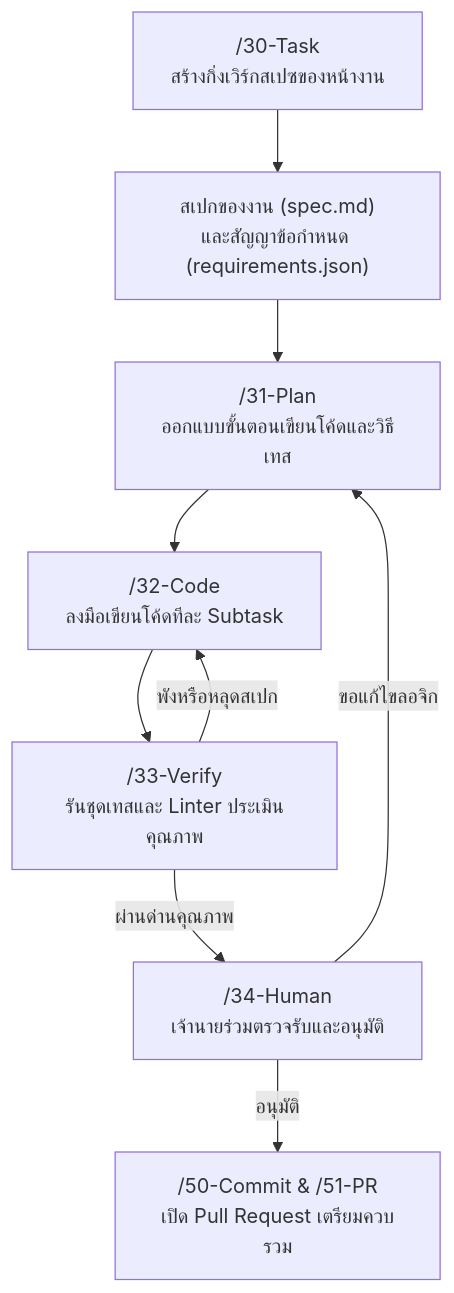
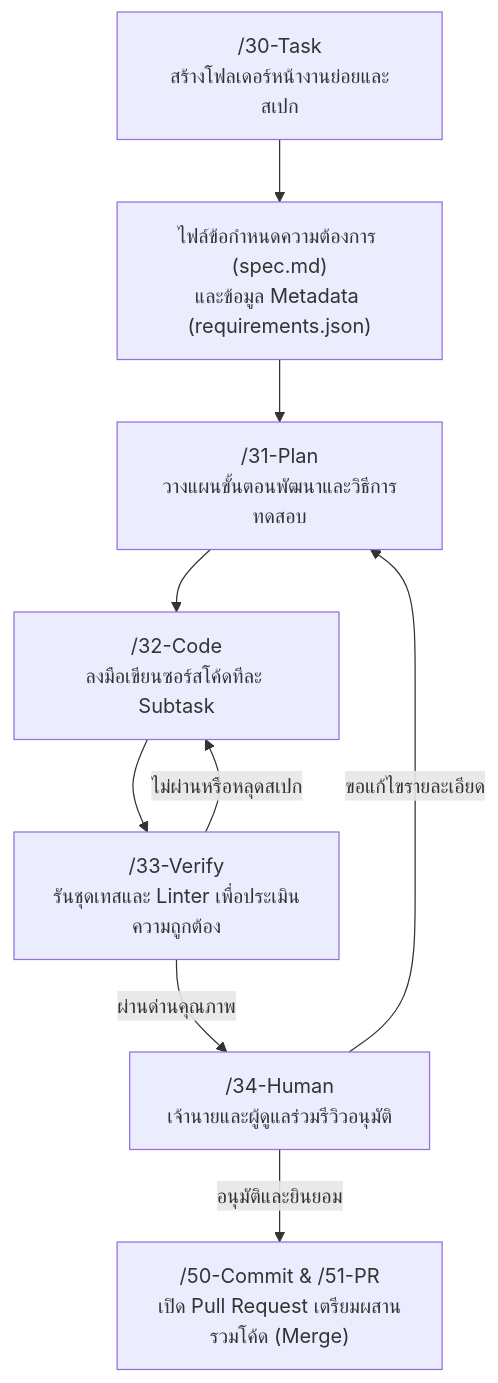
The third of 6 diagrams in README.md (Jakkrich/nexus-devflow), drawn with Mermaid before and after one commit. The commit also changed other lines of this file, not shown here.

````diff
--- a/README.md
+++ b/README.md
@@ -230,19 +230,19 @@
 ```mermaid
 flowchart TD
-    Task["/30-Task<br/>สร้างกิ่งเวิร์กสเปซของหน้างาน"]
-    Spec["สเปกของงาน (spec.md)<br/>และสัญญาข้อกำหนด (requirements.json)"]
-    Plan["/31-Plan<br/>ออกแบบขั้นตอนเขียนโค้ดและวิธีเทส"]
-    Code["/32-Code<br/>ลงมือเขียนโค้ดทีละ Subtask"]
-    Verify["/33-Verify<br/>รันชุดเทสและ Linter ประเมินคุณภาพ"]
-    Human["/34-Human<br/>เจ้านายร่วมตรวจรับและอนุมัติ"]
-    Ship["/50-Commit & /51-PR<br/>เปิด Pull Request เตรียมควบรวม"]
+    Task["/30-Task<br/>สร้างโฟลเดอร์หน้างานย่อยและสเปก"]
+    Spec["ไฟล์ข้อกำหนดความต้องการ (spec.md)<br/>และข้อมูล Metadata (requirements.json)"]
+    Plan["/31-Plan<br/>วางแผนขั้นตอนพัฒนาและวิธีการทดสอบ"]
+    Code["/32-Code<br/>ลงมือเขียนซอร์สโค้ดทีละ Subtask"]
+    Verify["/33-Verify<br/>รันชุดเทสและ Linter เพื่อประเมินความถูกต้อง"]
+    Human["/34-Human<br/>เจ้านายและผู้ดูแลร่วมรีวิวอนุมัติ"]
+    Ship["/50-Commit & /51-PR<br/>เปิด Pull Request เตรียมผสานรวมโค้ด (Merge)"]
  
     Task --> Spec
     Spec --> Plan
     Plan --> Code
     Code --> Verify
     Verify -->|ผ่านด่านคุณภาพ| Human
-    Verify -->|พังหรือหลุดสเปก| Code
-    Human -->|อนุมัติ| Ship
-    Human -->|ขอแก้ไขลอจิก| Plan
+    Verify -->|ไม่ผ่านหรือหลุดสเปก| Code
+    Human -->|อนุมัติและยินยอม| Ship
+    Human -->|ขอแก้ไขรายละเอียด| Plan
 ```
````
